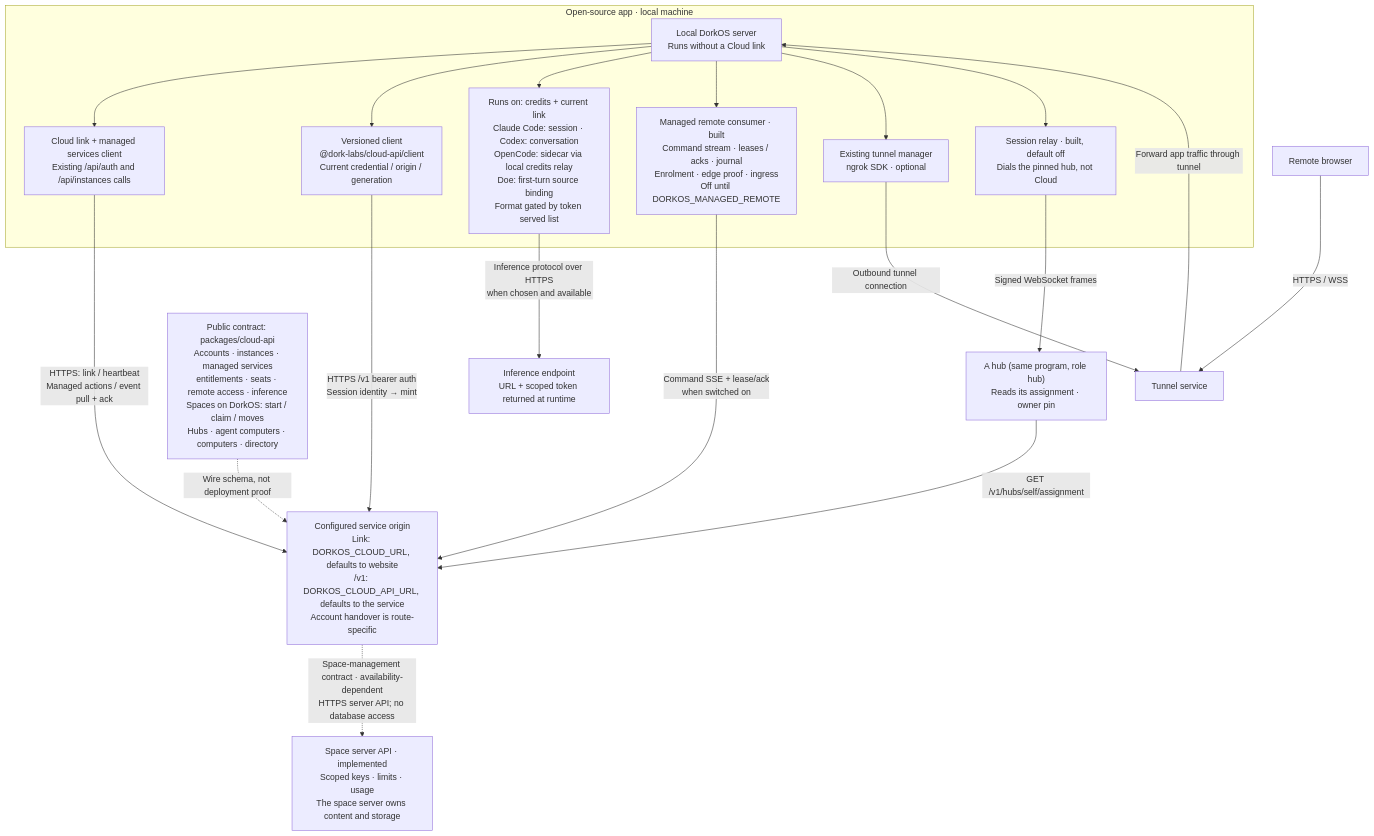
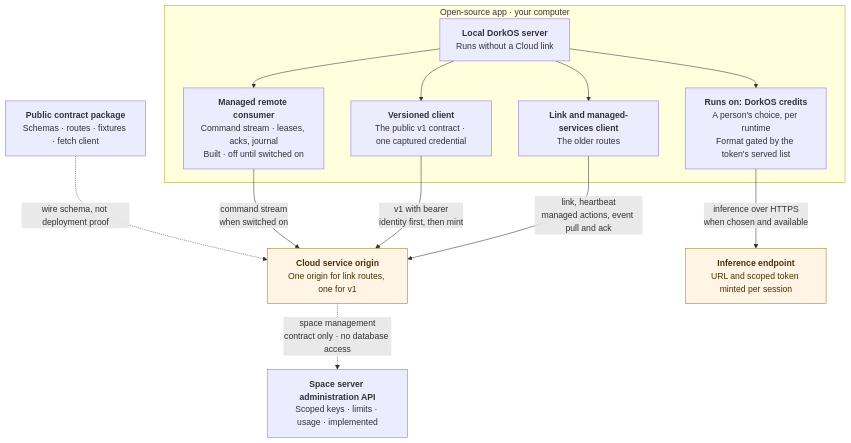
One commit to dork-labs/dorkos changed the diagram in contributing/diagrams/architecture/cloud-boundary.mmd. Above: the diagram before and after it, drawn with Mermaid. The commit also changed 16 other files, not shown here.

First line of the commit message:
docs(architecture): restyle the diagrams: ELK layout, bold names with one detail line, one status key

```diff
--- a/contributing/diagrams/architecture/cloud-boundary.mmd
+++ b/contributing/diagrams/architecture/cloud-boundary.mmd
@@ -1,36 +1,30 @@
 flowchart TB
   accTitle: The public boundary of DorkOS Cloud
-  accDescr: Optional local Cloud clients use HTTPS. Legacy app-side paths coexist with the versioned public contract. The versioned client resolves authenticated instance identity before minting scoped inference credentials under the same current link. A Runs on choice selects credits. Claude Code uses session launch configuration, Codex a separate conversation home, OpenCode a sidecar-wide local relay, and Doe a first-turn inference binding. The token served list gates request formats; the environment variable only disables credits. The managed remote consumer is built and off until its switch is set. The session relay is a third path that dials a hub, not Cloud. The existing tunnel is a separate route to the local server. Hub, computer and directory families are contracts; only hub assignment and the viewer-open wake have app consumers.
-  subgraph app["Open-source app · local machine"]
-    local["Local DorkOS server<br/>Runs without a Cloud link"]
-    legacy["Cloud link + managed services client<br/>Existing /api/auth and /api/instances calls"]
-    versioned["Versioned client<br/>@dork-labs/cloud-api/client<br/>Current credential / origin / generation"]
-    runtime["Runs on: credits + current link<br/>Claude Code: session · Codex: conversation<br/>OpenCode: sidecar via local credits relay<br/>Doe: first-turn source binding<br/>Format gated by token served list"]
-    remote["Managed remote consumer · built<br/>Command stream · leases / acks · journal<br/>Enrolment · edge proof · ingress<br/>Off until DORKOS_MANAGED_REMOTE"]
-    tunnel["Existing tunnel manager<br/>ngrok SDK · optional"]
-    relayMac["Session relay · built, default off<br/>Dials the pinned hub, not Cloud"]
+  accDescr: Optional local Cloud clients use HTTPS. An older link client and the versioned public client coexist and resolve different origins. The versioned client resolves authenticated instance identity before minting scoped inference credentials under the same current link. A Runs on choice selects credits; the minted token's served list gates each runtime's request format, and the environment variable can only disable credits. The managed remote consumer is built and off until its switch is set. The public contract is a schema package, not deployment proof. Remote-access paths are a separate view.
+
+  subgraph app["Open-source app · your computer"]
+    local["<b>Local DorkOS server</b><br/><span class='d'>Runs without a Cloud link</span>"]
+    legacy["<b>Link and managed-services client</b><br/><span class='d'>The older routes</span>"]
+    versioned["<b>Versioned client</b><br/><span class='d'>The public v1 contract · one captured credential</span>"]
+    credits["<b>Runs on: DorkOS credits</b><br/><span class='d'>A person's choice, per runtime<br/>Format gated by the token's served list</span>"]
+    remote["<b>Managed remote consumer</b><br/><span class='d'>Command stream · leases, acks, journal<br/>Built · off until switched on</span>"]
     local --> legacy
     local --> versioned
-    local --> runtime
+    local --> credits
     local --> remote
-    local --> tunnel
-    local --> relayMac
   end
-  control["Configured service origin<br/>Link: DORKOS_CLOUD_URL, defaults to website<br/>/v1: DORKOS_CLOUD_API_URL, defaults to the service<br/>Account handover is route-specific"]
-  inference["Inference endpoint<br/>URL + scoped token returned at runtime"]
-  contract["Public contract: packages/cloud-api<br/>Accounts · instances · managed services<br/>entitlements · seats · remote access · inference<br/>Spaces on DorkOS: start / claim / moves<br/>Hubs · agent computers · computers · directory"]
-  hubrole["A hub (same program, role hub)<br/>Reads its assignment · owner pin"]
-  edge["Tunnel service"]
-  browser["Remote browser"]
-  legacy -->|"HTTPS: link / heartbeat<br/>Managed actions / event pull + ack"| control
-  versioned -->|"HTTPS /v1 bearer auth<br/>Session identity → mint"| control
-  remote -->|"Command SSE + lease/ack<br/>when switched on"| control
-  contract -.->|"Wire schema, not deployment proof"| control
-  hubrole -->|"GET /v1/hubs/self/assignment"| control
-  relayMac -->|"Signed WebSocket frames"| hubrole
-  runtime -->|"Inference protocol over HTTPS<br/>when chosen and available"| inference
-  tunnel -->|"Outbound tunnel connection"| edge
-  browser -->|"HTTPS / WSS"| edge
-  edge -->|"Forward app traffic through tunnel"| local
-  community["Space server API · implemented<br/>Scoped keys · limits · usage<br/>The space server owns content and storage"]
-  control -.->|"Space-management contract · availability-dependent<br/>HTTPS server API; no database access"| community
+
+  control["<b>Cloud service origin</b><br/><span class='d'>One origin for link routes, one for v1</span>"]
+  inference["<b>Inference endpoint</b><br/><span class='d'>URL and scoped token minted per session</span>"]
+  contract["<b>Public contract package</b><br/><span class='d'>Schemas · routes · fixtures · fetch client</span>"]
+  spaceadmin["<b>Space server administration API</b><br/><span class='d'>Scoped keys · limits · usage · implemented</span>"]
+
+  legacy -->|"link, heartbeat<br/><span class='d'>managed actions, event pull and ack</span>"| control
+  versioned -->|"v1 with bearer<br/><span class='d'>identity first, then mint</span>"| control
+  remote -->|"command stream<br/><span class='d'>when switched on</span>"| control
+  credits -->|"inference over HTTPS<br/><span class='d'>when chosen and available</span>"| inference
+  contract -.->|"wire schema, not deployment proof"| control
+  control -.->|"space management<br/><span class='d'>contract only · no database access</span>"| spaceadmin
+
+  classDef cloud fill:#fff5e4,stroke:#a87720,color:#49320c
+  class control,inference cloud
```
